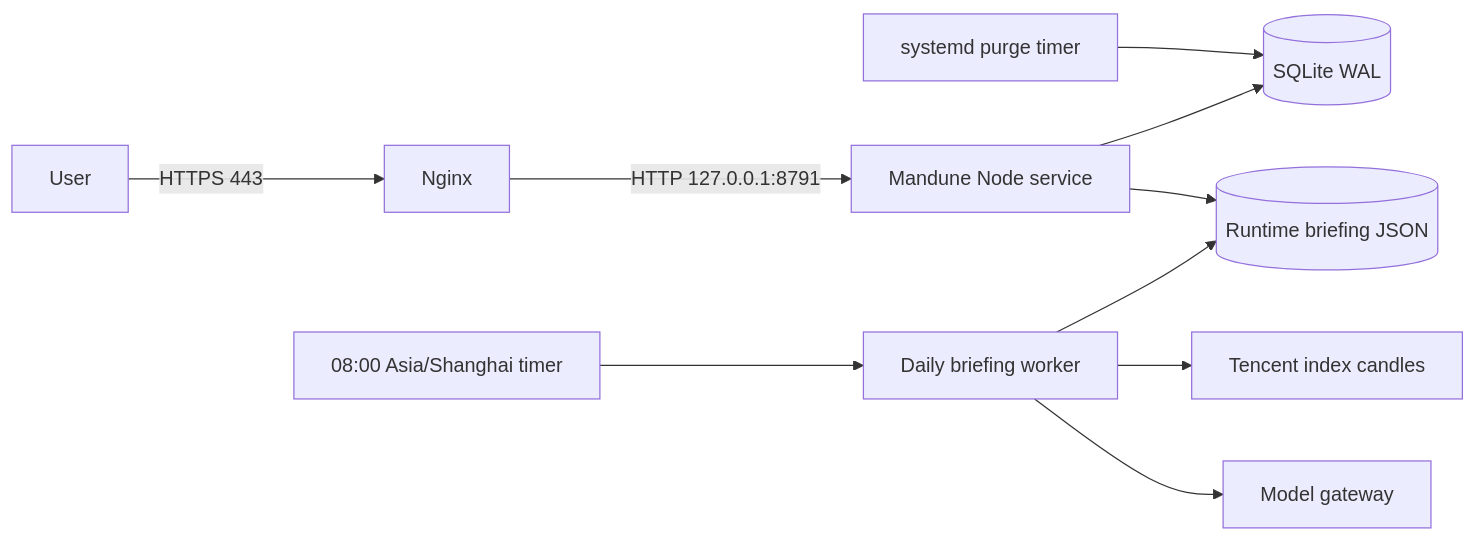
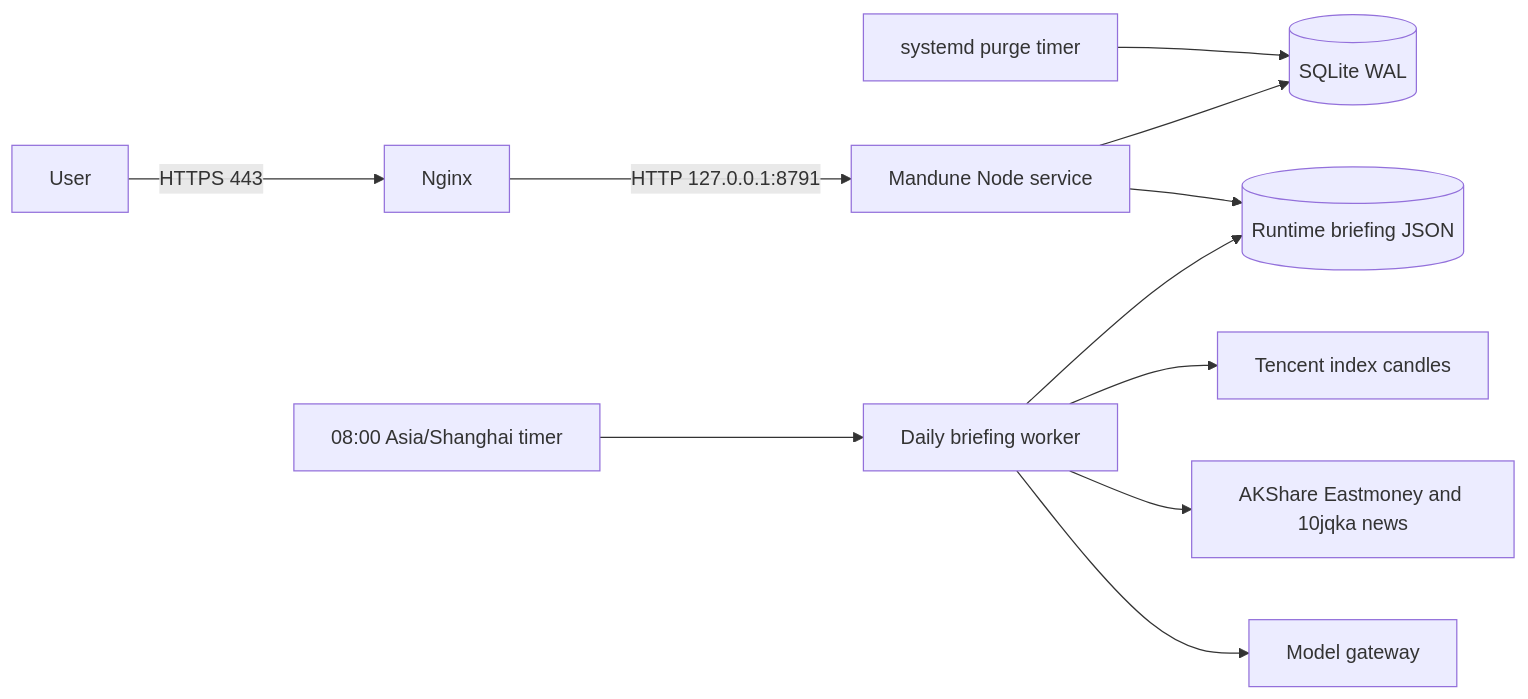
The diagram in docs/deployment.md (FinLens-team/Mandune), drawn with Mermaid before and after one commit. The commit also changed 28 other files, not shown here.

````diff
--- a/docs/deployment.md
+++ b/docs/deployment.md
@@ -5,12 +5,13 @@
 ```mermaid
 flowchart LR
   User -->|HTTPS 443| Nginx
   Nginx -->|HTTP 127.0.0.1:8791| Node[Mandune Node service]
   Node --> SQLite[(SQLite WAL)]
   PurgeTimer[systemd purge timer] --> SQLite
   BriefingTimer[08:00 Asia/Shanghai timer] --> BriefingWorker[Daily briefing worker]
   BriefingWorker --> Briefings[(Runtime briefing JSON)]
   BriefingWorker --> Tencent[Tencent index candles]
+  BriefingWorker --> News[AKShare Eastmoney and 10jqka news]
   BriefingWorker --> Gateway[Model gateway]
   Node --> Briefings
 ```
````
